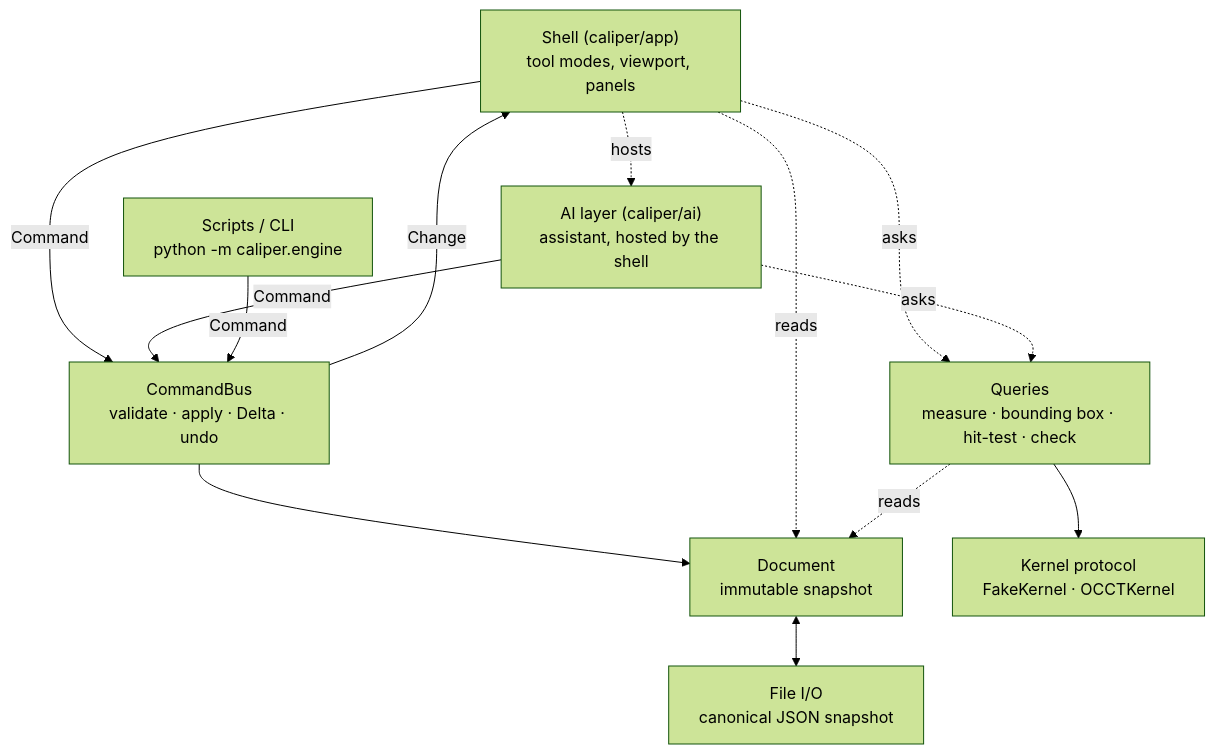
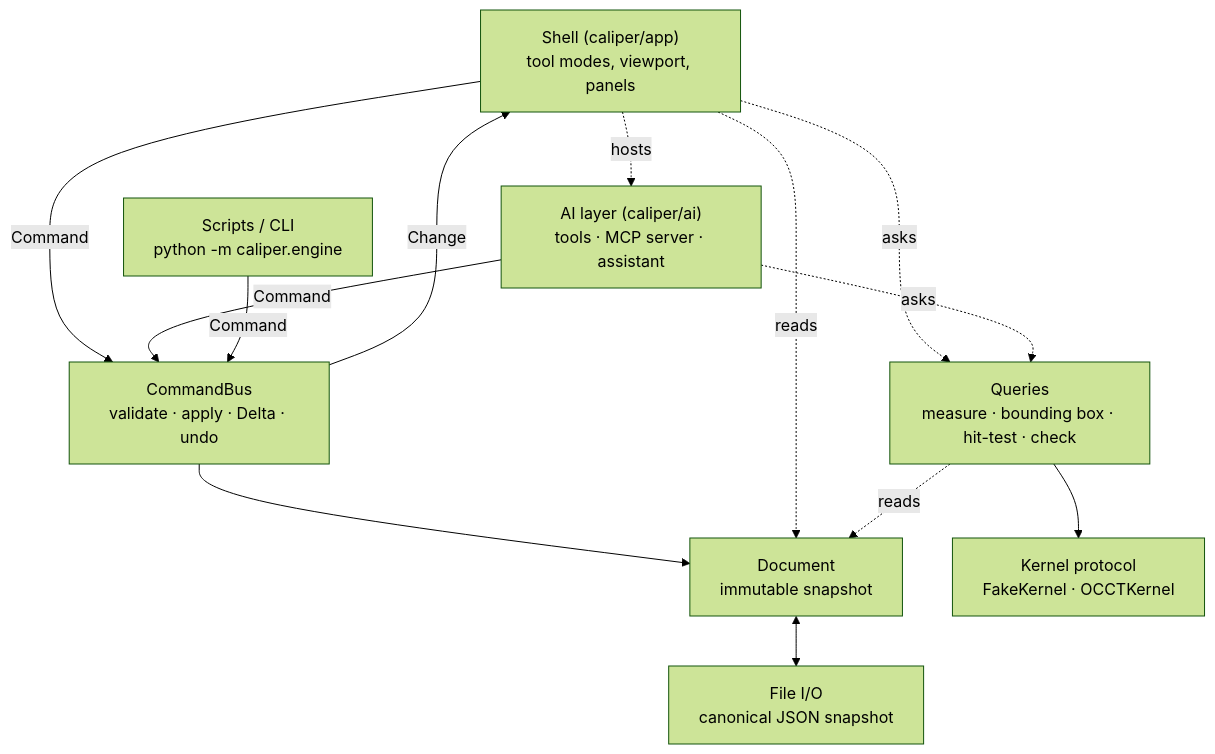
The first of 3 diagrams in docs/architecture.md (andrefongkc-cyber/caliper), drawn with Mermaid (forest theme) before and after one commit. The commit also changed other lines of this file and 2 other files, not shown here.

First line of the commit message:
docs: Claude Desktop over MCP as the primary way in, the API as the second

````diff
--- a/docs/architecture.md
+++ b/docs/architecture.md
@@ -16,24 +16,24 @@
 ```mermaid
 flowchart TD
     UI["Shell (caliper/app)<br/>tool modes, viewport, panels"]
-    AI["AI layer (caliper/ai)<br/>assistant, hosted by the shell"]
+    AI["AI layer (caliper/ai)<br/>tools · MCP server · assistant"]
     CLI["Scripts / CLI<br/>python -m caliper.engine"]
     BUS["CommandBus<br/>validate · apply · Delta · undo"]
     DOC["Document<br/>immutable snapshot"]
     Q["Queries<br/>measure · bounding box · hit-test · check"]
     K["Kernel protocol<br/>FakeKernel · OCCTKernel"]
     IO["File I/O<br/>canonical JSON snapshot"]
 
     UI -- Command --> BUS
     AI -- Command --> BUS
     CLI -- Command --> BUS
     UI -. hosts .-> AI
     BUS --> DOC
     BUS -- Change --> UI
     UI -. reads .-> DOC
     UI -. asks .-> Q
     AI -. asks .-> Q
     Q -. reads .-> DOC
     Q --> K
     DOC <--> IO
 ```
````
